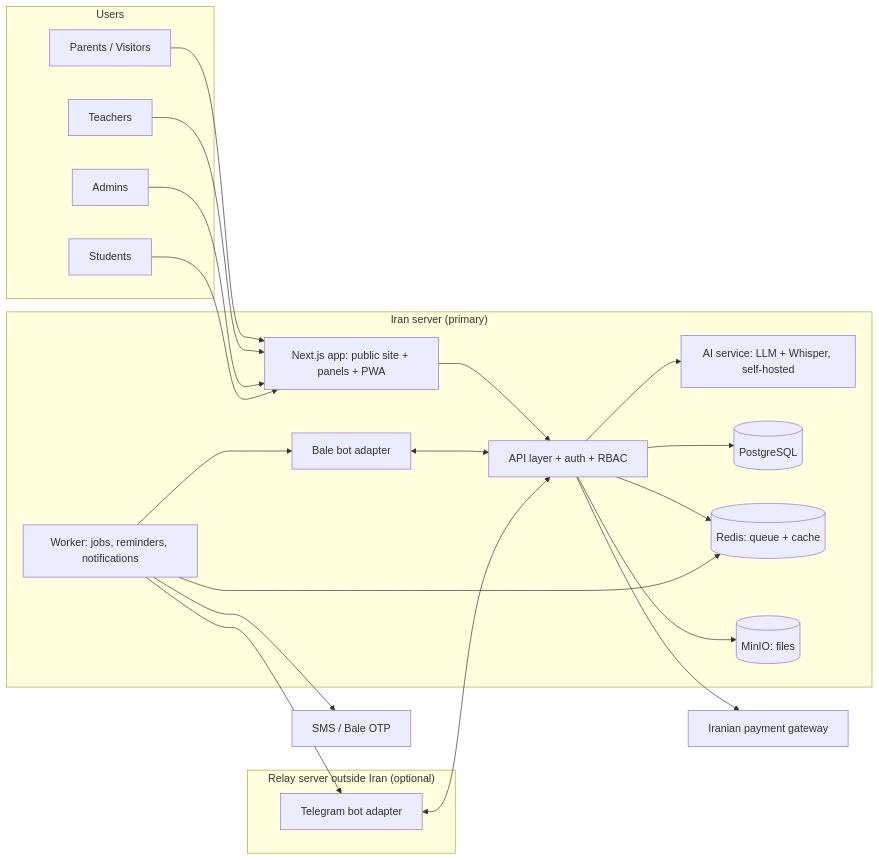
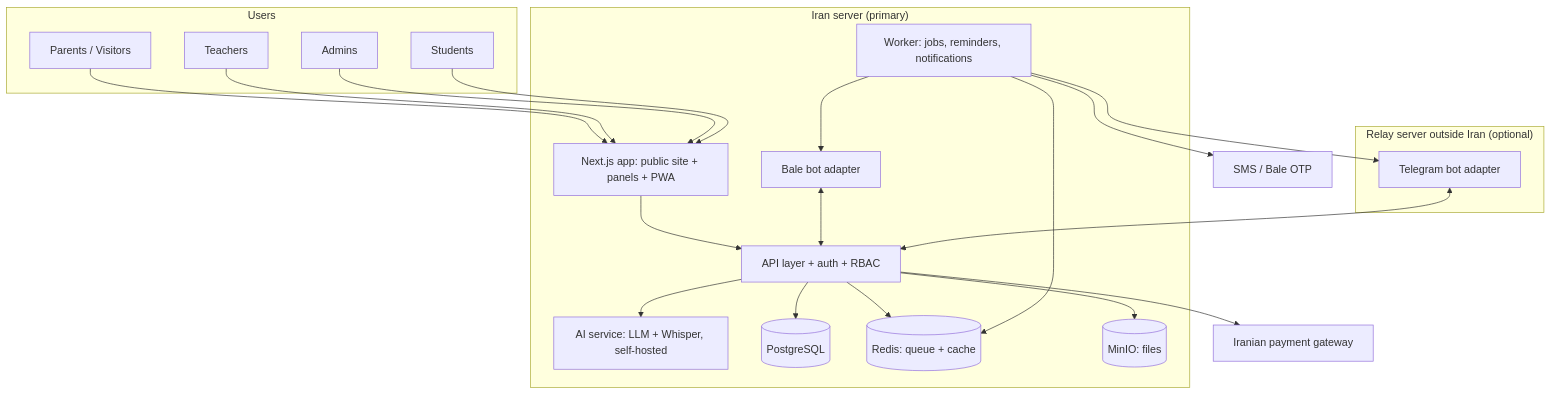
The diagram in docs/PROPOSAL.md (Artoody/khaneyeIDEA), drawn with Mermaid before and after one commit. The commit also changed other lines of this file and 5 other files, not shown here.

````diff
--- a/docs/PROPOSAL.md
+++ b/docs/PROPOSAL.md
@@ -294,36 +344,36 @@
 ```mermaid
-flowchart LR
+flowchart TB
   subgraph Users
     P[Parents / Visitors]
     T[Teachers]
     A[Admins]
     S[Students]
   end
 
   subgraph IR["Iran server (primary)"]
     WEB[Next.js app: public site + panels + PWA]
     API[API layer + auth + RBAC]
     WK[Worker: jobs, reminders, notifications]
     BALE[Bale bot adapter]
     AI[AI service: LLM + Whisper, self-hosted]
     DB[(PostgreSQL)]
     RD[(Redis: queue + cache)]
     S3[(MinIO: files)]
   end
 
   subgraph EXT["Relay server outside Iran (optional)"]
     TG[Telegram bot adapter]
   end
 
   PAY[Iranian payment gateway]
   SMS[SMS / Bale OTP]
 
   P & T & A & S --> WEB --> API
   API --> DB & RD & S3
   WK --> RD
   WK --> BALE & TG & SMS
   BALE <--> API
   TG <--> API
   API --> PAY
   API --> AI
 ```
````
